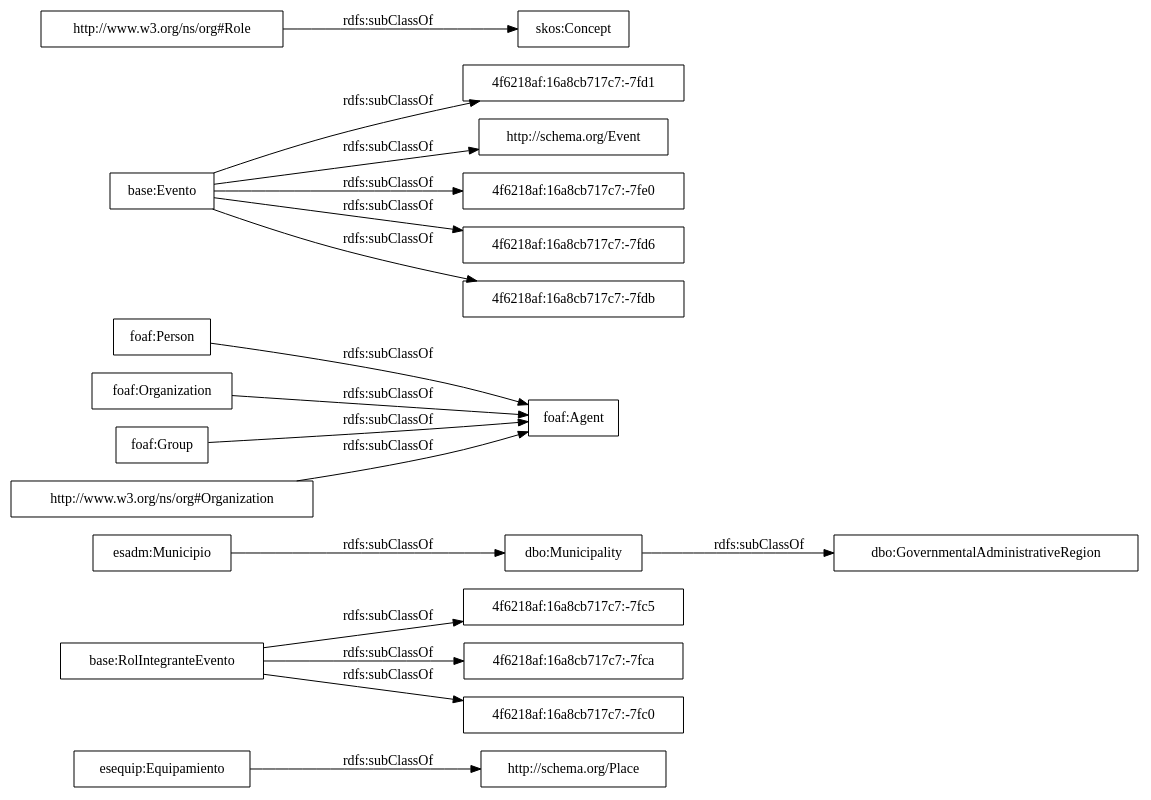
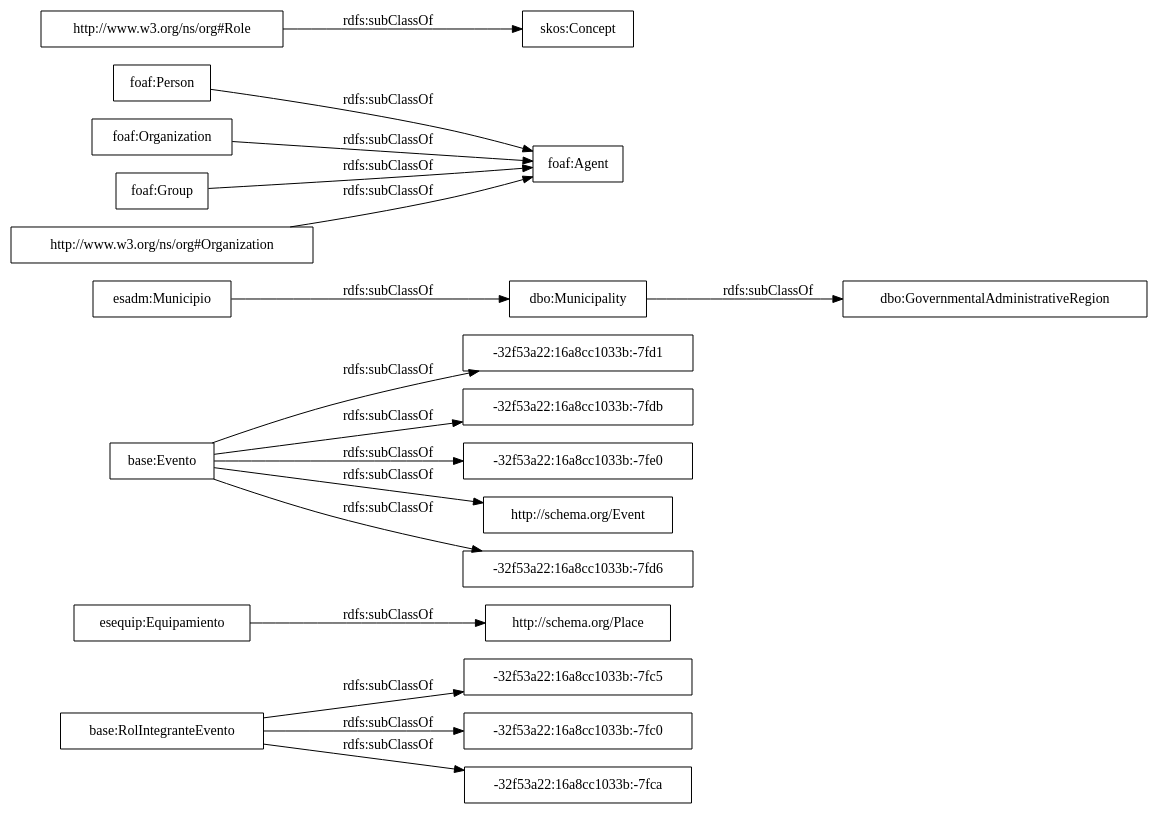
One commit to OnToologyUser/sector-publico-agenda-municipal changed the diagram in OnToology/ontology/agenda-municipav2.owl/diagrams/ar2dtool-taxonomy/agenda-municipav2.owl.png.dot. Above: the diagram before and after it, drawn with Graphviz. The commit also changed 17 other files, not shown here.

```diff
--- a/OnToology/ontology/agenda-municipav2.owl/diagrams/ar2dtool-taxonomy/agenda-municipav2.owl.png.dot
+++ b/OnToology/ontology/agenda-municipav2.owl/diagrams/ar2dtool-taxonomy/agenda-municipav2.owl.png.dot
@@ -1,22 +1,22 @@
 digraph ar2dtool_diagram { 
 rankdir=LR;
 size="1000"
-node [shape = rectangle, color="black"]; "esequip:Equipamiento" "4f6218af:16a8cb717c7:-7fc5" "dbo:GovernmentalAdministrativeRegion" "foaf:Agent" "base:Evento" "4f6218af:16a8cb717c7:-7fd1" "4f6218af:16a8cb717c7:-7fca" "http://schema.org/Event" "4f6218af:16a8cb717c7:-7fe0" "foaf:Person" "dbo:Municipality" "foaf:Organization" "foaf:Group" "4f6218af:16a8cb717c7:-7fc0" "4f6218af:16a8cb717c7:-7fd6" "skos:Concept" "esadm:Municipio" "http://www.w3.org/ns/org#Role" "http://www.w3.org/ns/org#Organization" "base:RolIntegranteEvento" "4f6218af:16a8cb717c7:-7fdb" "http://schema.org/Place" ; /*classes style*/
+node [shape = rectangle, color="black"]; "-32f53a22:16a8cc1033b:-7fc5" "esequip:Equipamiento" "-32f53a22:16a8cc1033b:-7fd1" "dbo:GovernmentalAdministrativeRegion" "foaf:Agent" "-32f53a22:16a8cc1033b:-7fdb" "base:Evento" "-32f53a22:16a8cc1033b:-7fe0" "http://schema.org/Event" "foaf:Person" "dbo:Municipality" "-32f53a22:16a8cc1033b:-7fc0" "foaf:Organization" "foaf:Group" "skos:Concept" "esadm:Municipio" "http://www.w3.org/ns/org#Organization" "http://www.w3.org/ns/org#Role" "base:RolIntegranteEvento" "-32f53a22:16a8cc1033b:-7fd6" "http://schema.org/Place" "-32f53a22:16a8cc1033b:-7fca" ; /*classes style*/
 	"foaf:Group" -> "foaf:Agent" [ label = "rdfs:subClassOf" ];
 	"foaf:Organization" -> "foaf:Agent" [ label = "rdfs:subClassOf" ];
 	"http://www.w3.org/ns/org#Organization" -> "foaf:Agent" [ label = "rdfs:subClassOf" ];
 	"http://www.w3.org/ns/org#Role" -> "skos:Concept" [ label = "rdfs:subClassOf" ];
-	"base:Evento" -> "4f6218af:16a8cb717c7:-7fd1" [ label = "rdfs:subClassOf" ];
-	"base:Evento" -> "4f6218af:16a8cb717c7:-7fd6" [ label = "rdfs:subClassOf" ];
-	"base:Evento" -> "4f6218af:16a8cb717c7:-7fdb" [ label = "rdfs:subClassOf" ];
-	"base:Evento" -> "4f6218af:16a8cb717c7:-7fe0" [ label = "rdfs:subClassOf" ];
+	"base:Evento" -> "-32f53a22:16a8cc1033b:-7fe0" [ label = "rdfs:subClassOf" ];
+	"base:Evento" -> "-32f53a22:16a8cc1033b:-7fdb" [ label = "rdfs:subClassOf" ];
+	"base:Evento" -> "-32f53a22:16a8cc1033b:-7fd1" [ label = "rdfs:subClassOf" ];
+	"base:Evento" -> "-32f53a22:16a8cc1033b:-7fd6" [ label = "rdfs:subClassOf" ];
 	"base:Evento" -> "http://schema.org/Event" [ label = "rdfs:subClassOf" ];
 	"foaf:Person" -> "foaf:Agent" [ label = "rdfs:subClassOf" ];
 	"dbo:Municipality" -> "dbo:GovernmentalAdministrativeRegion" [ label = "rdfs:subClassOf" ];
-	"base:RolIntegranteEvento" -> "4f6218af:16a8cb717c7:-7fc0" [ label = "rdfs:subClassOf" ];
-	"base:RolIntegranteEvento" -> "4f6218af:16a8cb717c7:-7fc5" [ label = "rdfs:subClassOf" ];
-	"base:RolIntegranteEvento" -> "4f6218af:16a8cb717c7:-7fca" [ label = "rdfs:subClassOf" ];
+	"base:RolIntegranteEvento" -> "-32f53a22:16a8cc1033b:-7fc0" [ label = "rdfs:subClassOf" ];
+	"base:RolIntegranteEvento" -> "-32f53a22:16a8cc1033b:-7fc5" [ label = "rdfs:subClassOf" ];
+	"base:RolIntegranteEvento" -> "-32f53a22:16a8cc1033b:-7fca" [ label = "rdfs:subClassOf" ];
 	"esequip:Equipamiento" -> "http://schema.org/Place" [ label = "rdfs:subClassOf" ];
 	"esadm:Municipio" -> "dbo:Municipality" [ label = "rdfs:subClassOf" ];
 
 }
```
